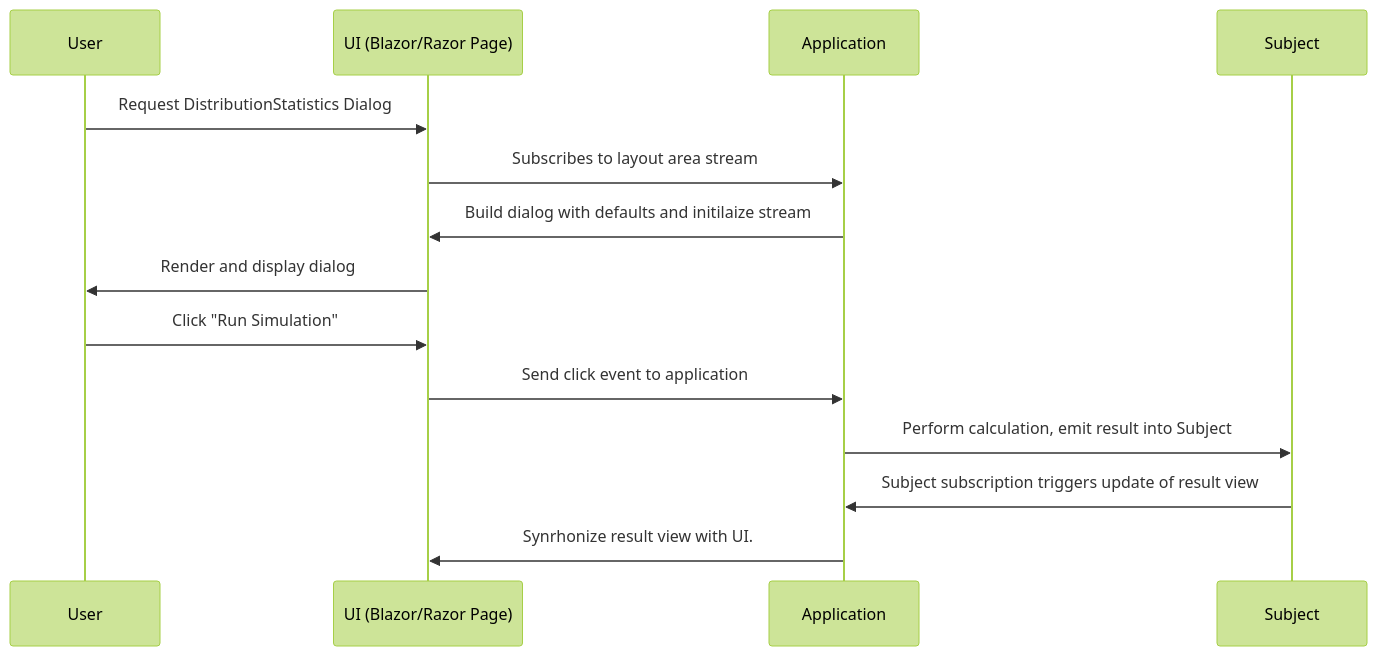
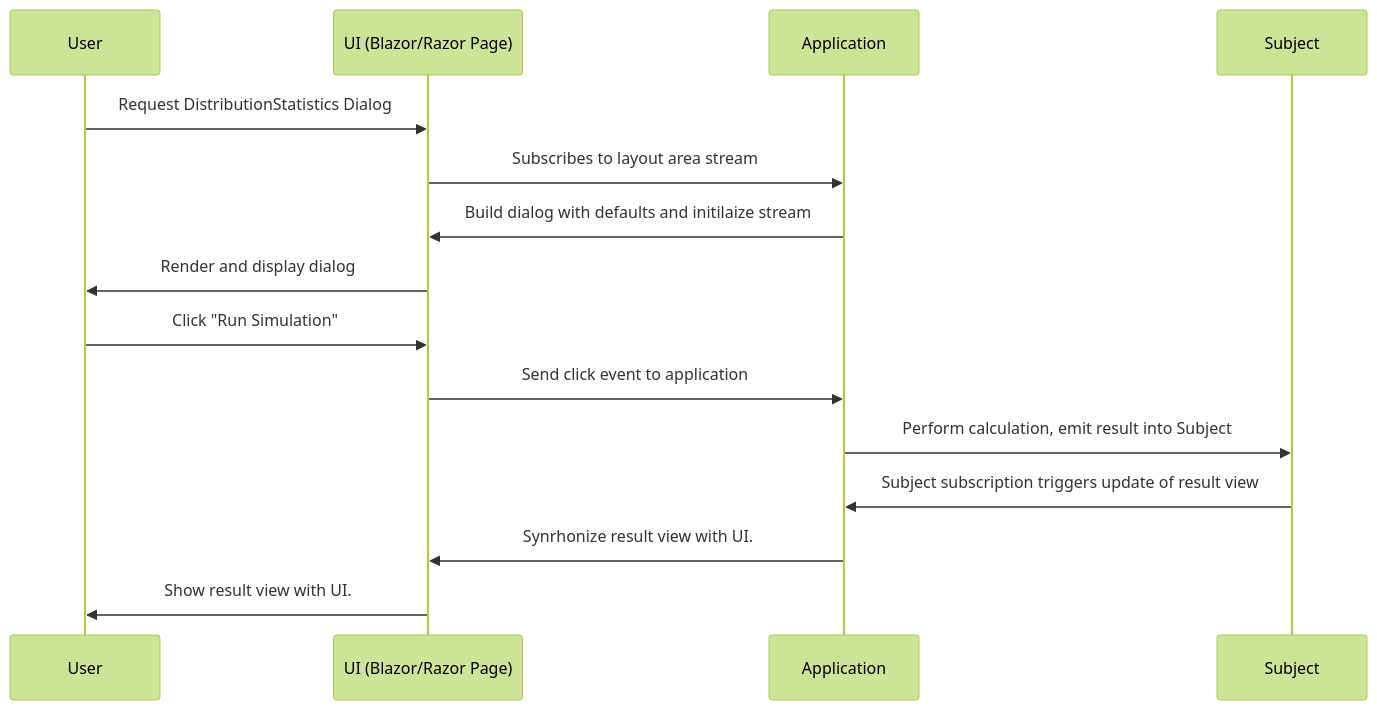
The diagram in modules/Documentation/MeshWeaver.Documentation/Markdown/Reactive Dialogs.md (Systemorph/MeshWeaver), drawn with Mermaid (forest theme) before and after one commit. The commit also changed other lines of this file and 2 other files, not shown here.

Commit message:
fixing mermaid update

````diff
--- a/modules/Documentation/MeshWeaver.Documentation/Markdown/Reactive Dialogs.md
+++ b/modules/Documentation/MeshWeaver.Documentation/Markdown/Reactive Dialogs.md
@@ -167,17 +166,18 @@
 ```mermaid
 sequenceDiagram
     participant U as User
     participant UI as UI (Blazor/Razor Page)
     participant APP as Application
     participant S as Subject
 
     U->>UI: Request DistributionStatistics Dialog
     UI->>APP: Subscribes to layout area stream
     APP->>UI: Build dialog with defaults and initilaize stream
     UI->>U: Render and display dialog
     U->>UI: Click "Run Simulation"
     UI->>APP: Send click event to application
     APP->>S: Perform calculation, emit result into Subject
     S->>APP: Subject subscription triggers update of result view
     APP->>UI: Synrhonize result view with UI.
+    UI->>U: Show result view with UI.
 ```
````
